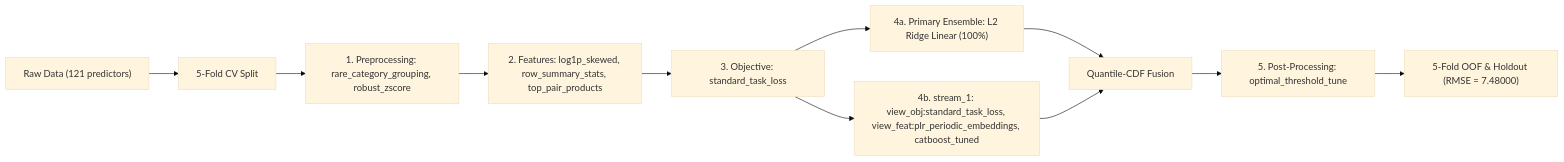
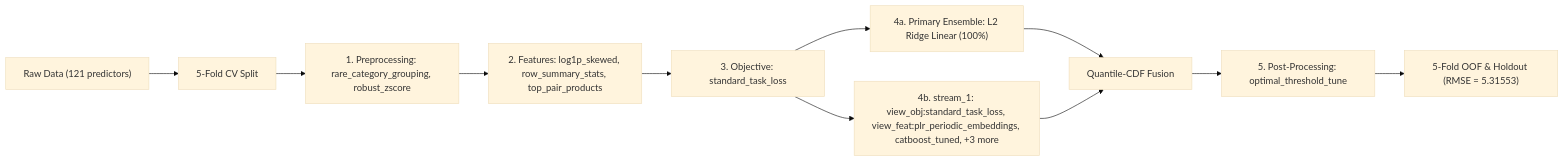
The diagram in README.md (stefanoclss/UM-Game-Playing-Strength-of-MCTS-Variants), drawn with Mermaid (base theme) before and after one commit. The commit also changed other lines of this file, not shown here.

First line of the commit message:
docs(readme): refresh verified OOF benchmark & build ledger (RMSE=5.31553)

````diff
--- a/README.md
+++ b/README.md
@@ -73,13 +74,13 @@
 ```mermaid
 flowchart LR
     DATA["Raw Data (121 predictors)"] --> SPLIT["5-Fold CV Split"]
     SPLIT --> PRE["1. Preprocessing: rare_category_grouping, robust_zscore"]
     PRE --> FEAT["2. Features: log1p_skewed, row_summary_stats, top_pair_products"]
     FEAT --> OBJ["3. Objective: standard_task_loss"]
     OBJ --> M0["4a. Primary Ensemble: L2 Ridge Linear (100%)"]
     M0 --> FUSE["Quantile-CDF Fusion"]
-    OBJ --> S1["4b. stream_1: view_obj:standard_task_loss, view_feat:plr_periodic_embeddings, catboost_tuned"]
+    OBJ --> S1["4b. stream_1: view_obj:standard_task_loss, view_feat:plr_periodic_embeddings, catboost_tuned, +3 more"]
     S1 --> FUSE
     FUSE --> POST["5. Post-Processing: optimal_threshold_tune"]
-    POST --> OUT["5-Fold OOF & Holdout (RMSE = 7.48000)"]
+    POST --> OUT["5-Fold OOF & Holdout (RMSE = 5.31553)"]
 ```
````
